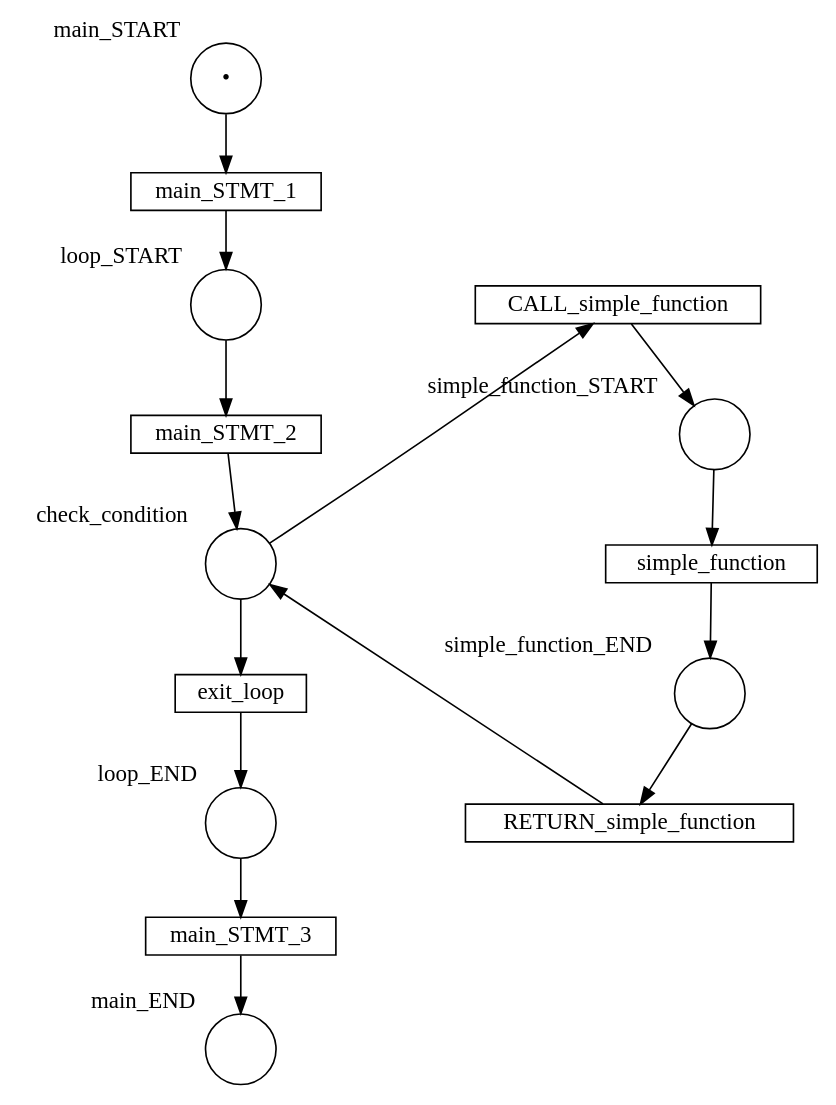
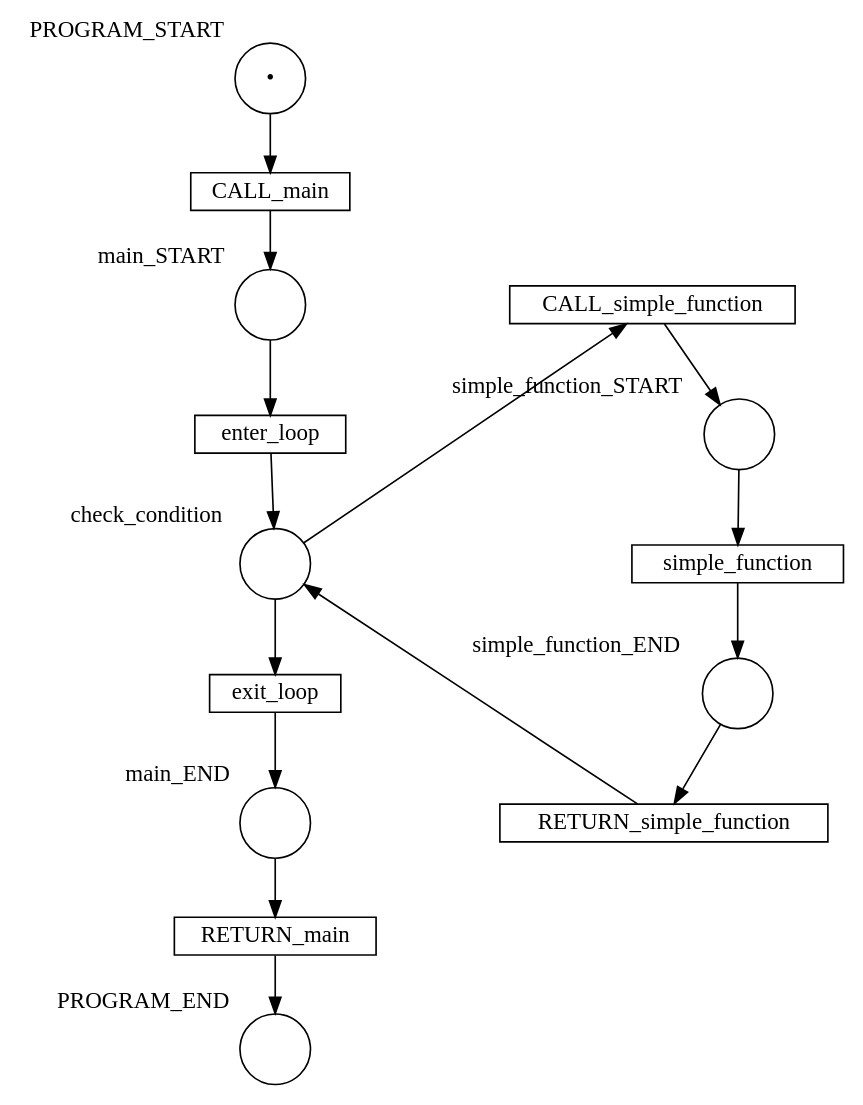
Before and after one commit to hlisdero/thesis: the diagram in dot/repeated-function-call.dot, drawn with Graphviz. The commit also changed 1 other file, not shown here.

Commit message:
Improve repeated-function-call diagram

```diff
--- a/dot/repeated-function-call.dot
+++ b/dot/repeated-function-call.dot
@@ -1,50 +1,50 @@
 digraph repeated_function_call {
     nodesep=1.0;
     
-    // Main function places
-    main_START [width=0.6 shape="circle" xlabel="main_START" label="•"];
+    // Program places
+    PROGRAM_START [width=0.6 shape="circle" xlabel="PROGRAM_START" label="•"];
+    PROGRAM_END [width=0.6 shape="circle" xlabel="PROGRAM_END" label=""];
+    // main function places
+    main_START [width=0.6 shape="circle" xlabel="main_START" label=""];
+    check_condition [width=0.6 shape="circle" xlabel="check_condition" label=""];
     main_END [width=0.6 shape="circle" xlabel="main_END" label=""];
-    // Loop places
-    loop_START [width=0.6 shape="circle" xlabel="loop_START" label=""];
-    check_condition [width=0.6 shape="circle" xlabel="check_condition" label=""];
-    loop_END [width=0.6 shape="circle" xlabel="loop_END" label=""];
     // Simple function places
     simple_function_START [width=0.6 shape="circle" xlabel="simple_function_START" label=""];
     simple_function_END [width=0.6 shape="circle" xlabel="simple_function_END" label=""];
     
     // Transitions
-    main_STMT_1 [height=0.1 shape="box" xlabel="" label="main_STMT_1"];
-    main_STMT_2 [height=0.1 shape="box" xlabel="" label="main_STMT_2"];
+    CALL_main [height=0.1 shape="box" xlabel="" label="CALL_main"];
+    enter_loop [height=0.1 shape="box" xlabel="" label="enter_loop"];
     CALL_simple_function [height=0.1 shape="box" xlabel="" label="CALL_simple_function"];
     simple_function [height=0.1 shape="box" xlabel="" label="simple_function"];
     RETURN_simple_function [height=0.1 shape="box" xlabel="" label="RETURN_simple_function"];
     exit_loop [height=0.1 shape="box" xlabel="" label="exit_loop"];
-    main_STMT_3 [height=0.1 shape="box" xlabel="" label="main_STMT_3"];
+    RETURN_main [height=0.1 shape="box" xlabel="" label="RETURN_main"];
     
     // Before the loop
-    main_START -> main_STMT_1;
-    main_STMT_1 -> loop_START;
-    loop_START -> main_STMT_2;
-    main_STMT_2 -> check_condition [weight=10];
+    PROGRAM_START -> CALL_main;
+    CALL_main -> main_START;
+    main_START -> enter_loop;
+    enter_loop -> check_condition [weight=10];
     // Function call
     check_condition -> CALL_simple_function  [weight=5];
     CALL_simple_function -> simple_function_START [weight=5];
     simple_function_START -> simple_function [weight=5];
     simple_function -> simple_function_END [weight=5];
     simple_function_END -> RETURN_simple_function [weight=5];
     RETURN_simple_function -> check_condition [weight=5];
     // Exit loop
     check_condition -> exit_loop [weight=10];
-    exit_loop -> loop_END;
-    loop_END -> main_STMT_3;
-    main_STMT_3 -> main_END;
+    exit_loop -> main_END;
+    main_END -> RETURN_main;
+    RETURN_main -> PROGRAM_END;
     
     // Order the nodes in different levels
-    {rank = min; main_START;}    
-    {rank = same; loop_START; CALL_simple_function;}
-    {rank = same; main_STMT_2; simple_function_START;}
+    {rank = min; PROGRAM_START;}    
+    {rank = same; main_START; CALL_simple_function;}
+    {rank = same; enter_loop; simple_function_START;}
     {rank = same; check_condition; simple_function;}
     {rank = same; exit_loop; simple_function_END;}
-    {rank = same; loop_END; RETURN_simple_function;}
-    {rank = max; main_END;} 
+    {rank = same; main_END; RETURN_simple_function;}
+    {rank = max; PROGRAM_END;} 
 }
```
